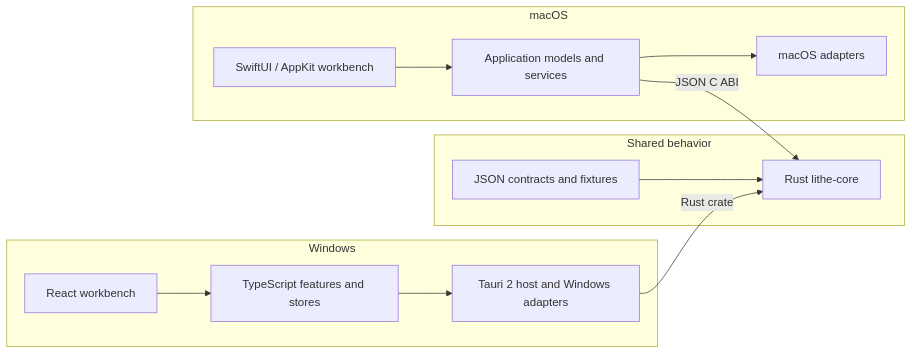
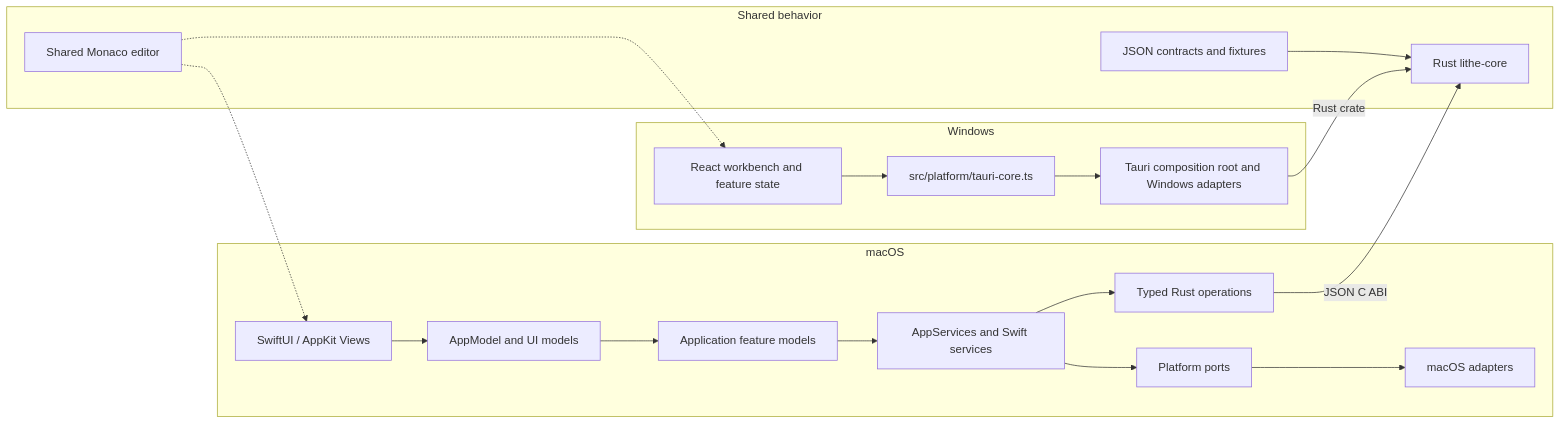
One commit to 1lck/Lithe-IDEA changed the diagram in README.md. Above: the diagram before and after it, drawn with Mermaid. The commit also changed other lines of this file and 4 other files, not shown here.

Commit message:
docs: update architecture and support QR codes

````diff
--- a/README.md
+++ b/README.md
@@ -169,19 +169,26 @@
 ```mermaid
 flowchart LR
     subgraph macOS["macOS"]
-        MacUI["SwiftUI / AppKit workbench"] --> MacApp["Application models and services"]
-        MacApp --> MacAdapters["macOS adapters"]
+        MacViews["SwiftUI / AppKit Views"] --> MacModel["AppModel and UI models"]
+        MacModel --> MacFeatures["Application feature models"]
+        MacFeatures --> MacServices["AppServices and Swift services"]
+        MacServices --> MacRust["Typed Rust operations"]
+        MacServices --> MacPorts["Platform ports"]
+        MacPorts --> MacAdapters["macOS adapters"]
     end
 
     subgraph Shared["Shared behavior"]
+        Editor["Shared Monaco editor"]
         Contracts["JSON contracts and fixtures"] --> Core["Rust lithe-core"]
     end
 
     subgraph Windows["Windows"]
-        WinUI["React workbench"] --> WinFeatures["TypeScript features and stores"]
-        WinFeatures --> Tauri["Tauri 2 host and Windows adapters"]
+        WinUI["React workbench and feature state"] --> WinBoundary["src/platform/tauri-core.ts"]
+        WinBoundary --> Tauri["Tauri composition root and Windows adapters"]
     end
 
-    MacApp -->|"JSON C ABI"| Core
+    Editor -.-> MacViews
+    Editor -.-> WinUI
+    MacRust -->|"JSON C ABI"| Core
     Tauri -->|"Rust crate"| Core
 ```
````
